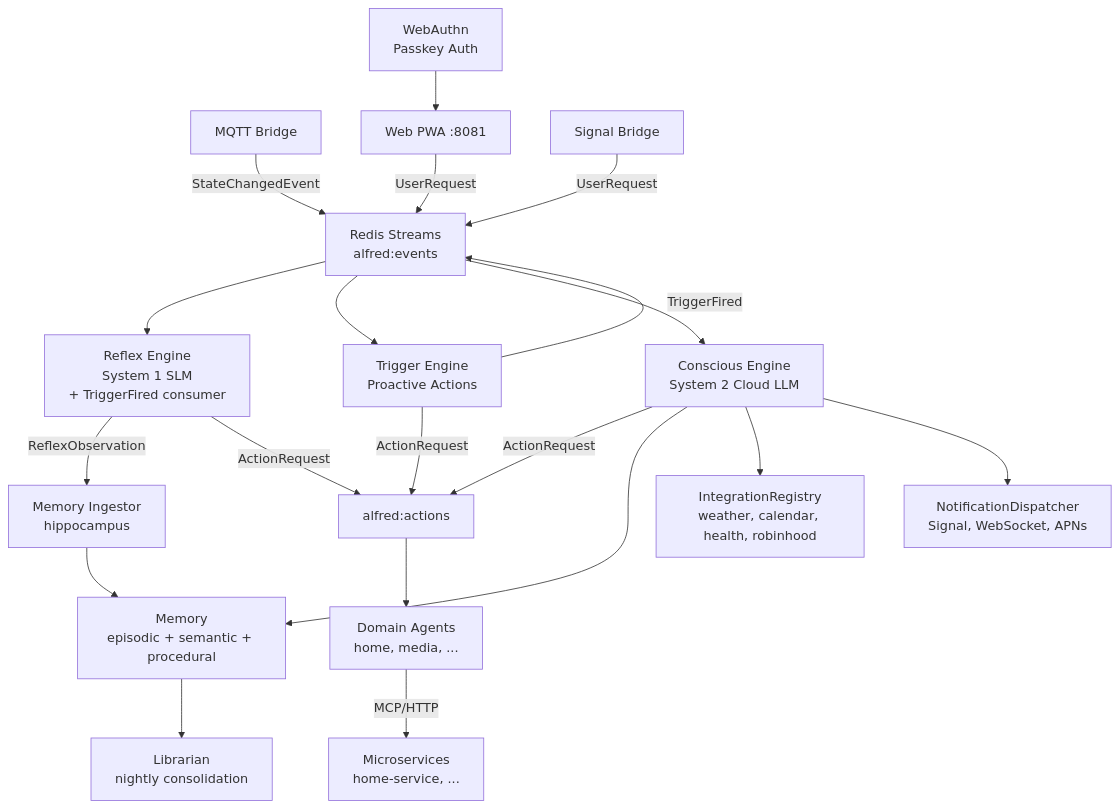
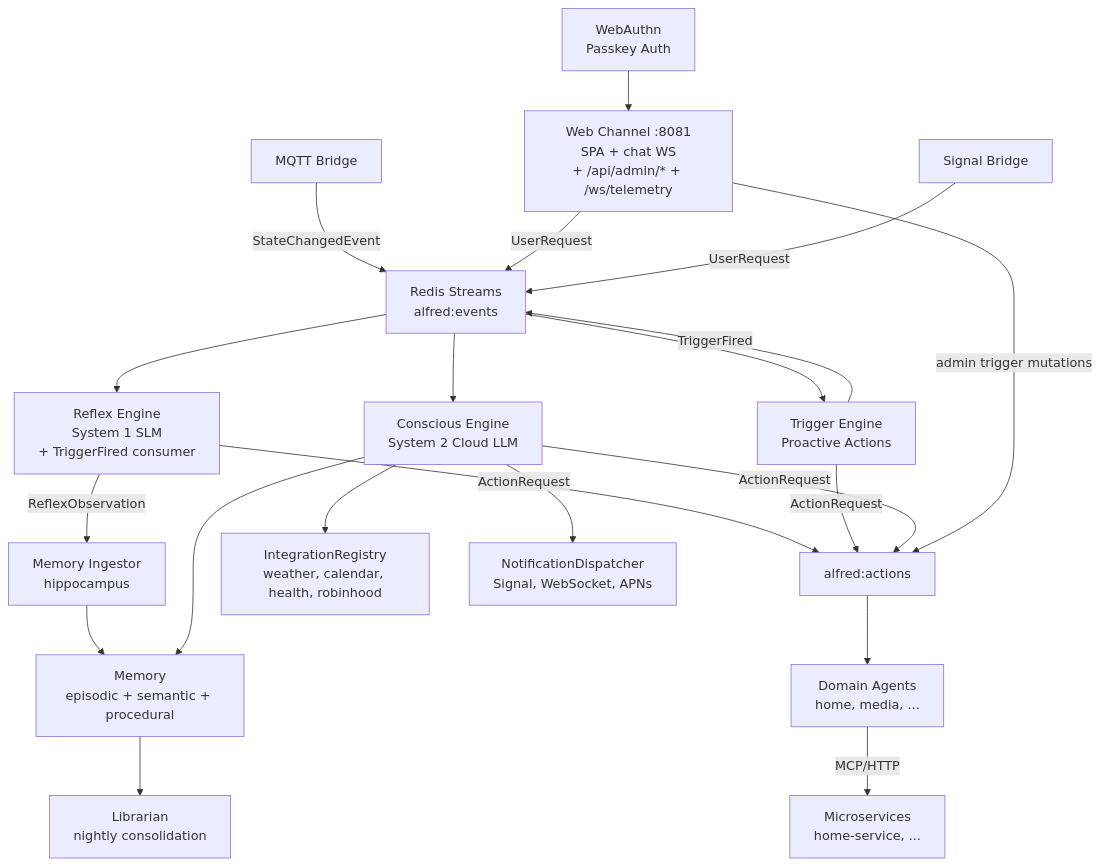
One commit to anirudhlath/alfred changed the diagram in CLAUDE.md. Above: the diagram before and after it, drawn with Mermaid. The commit also changed other lines of this file, not shown here.

Commit message:
docs: refresh CLAUDE.md for web app rebuild (admin API, SPA, gotchas)

````diff
--- a/CLAUDE.md
+++ b/CLAUDE.md
@@ -124,22 +134,23 @@
 ```mermaid
 graph TD
     MQTT[MQTT Bridge] -->|StateChangedEvent| Bus[Redis Streams<br/>alfred:events]
     Bus --> Reflex[Reflex Engine<br/>System 1 SLM<br/>+ TriggerFired consumer]
     Bus --> Triggers[Trigger Engine<br/>Proactive Actions]
     Bus --> Conscious[Conscious Engine<br/>System 2 Cloud LLM]
     Reflex -->|ReflexObservation| Ingestor[Memory Ingestor<br/>hippocampus]
     Ingestor --> Memory
     Reflex -->|ActionRequest| Actions[alfred:actions]
     Triggers -->|ActionRequest| Actions
     Triggers -->|TriggerFired| Bus
     Conscious -->|ActionRequest| Actions
     Actions --> Agents[Domain Agents<br/>home, media, ...]
     Agents -->|MCP/HTTP| Services[Microservices<br/>home-service, ...]
     Conscious --> Memory[Memory<br/>episodic + semantic + procedural]
     Conscious --> Integrations[IntegrationRegistry<br/>weather, calendar, health, robinhood]
     Conscious --> Notify[NotificationDispatcher<br/>Signal, WebSocket, APNs]
     Memory --> Librarian[Librarian<br/>nightly consolidation]
     WebAuthn[WebAuthn<br/>Passkey Auth] --> WebChannel
-    WebChannel[Web PWA :8081] -->|UserRequest| Bus
+    WebChannel[Web Channel :8081<br/>SPA + chat WS<br/>+ /api/admin/* + /ws/telemetry] -->|UserRequest| Bus
+    WebChannel -->|admin trigger mutations| Actions
     Signal[Signal Bridge] -->|UserRequest| Bus
 ```
````
